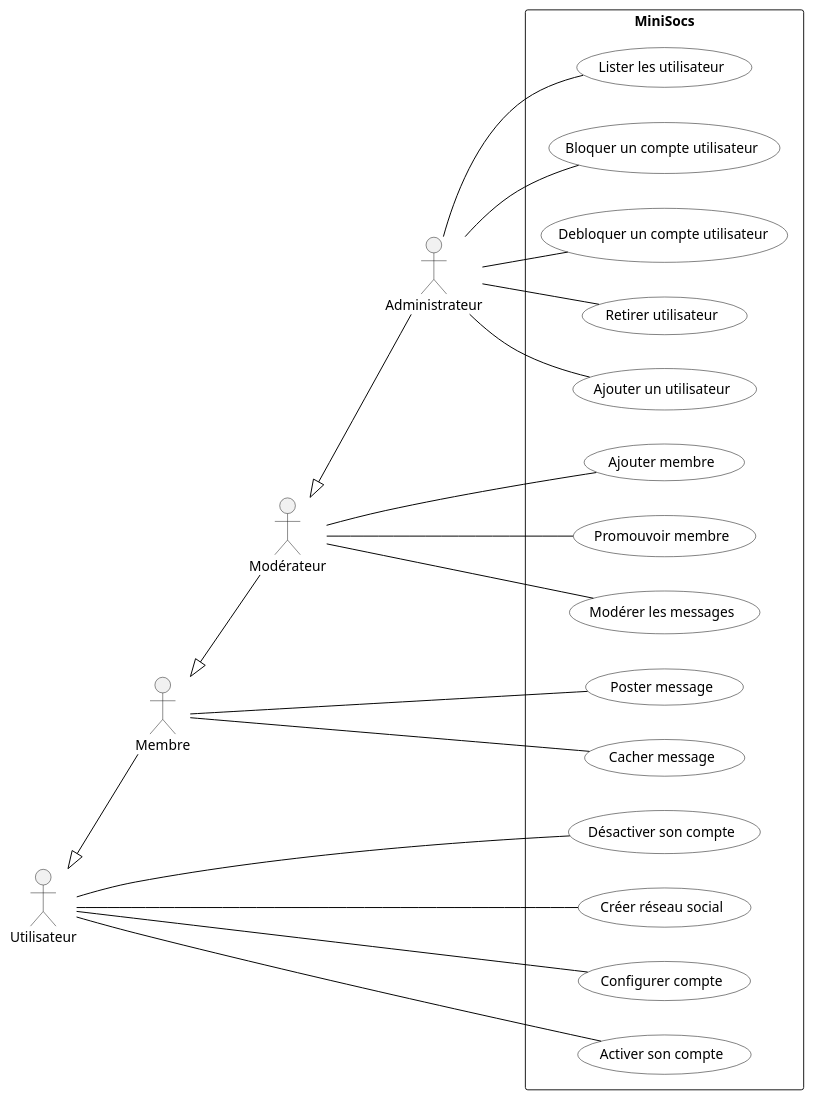
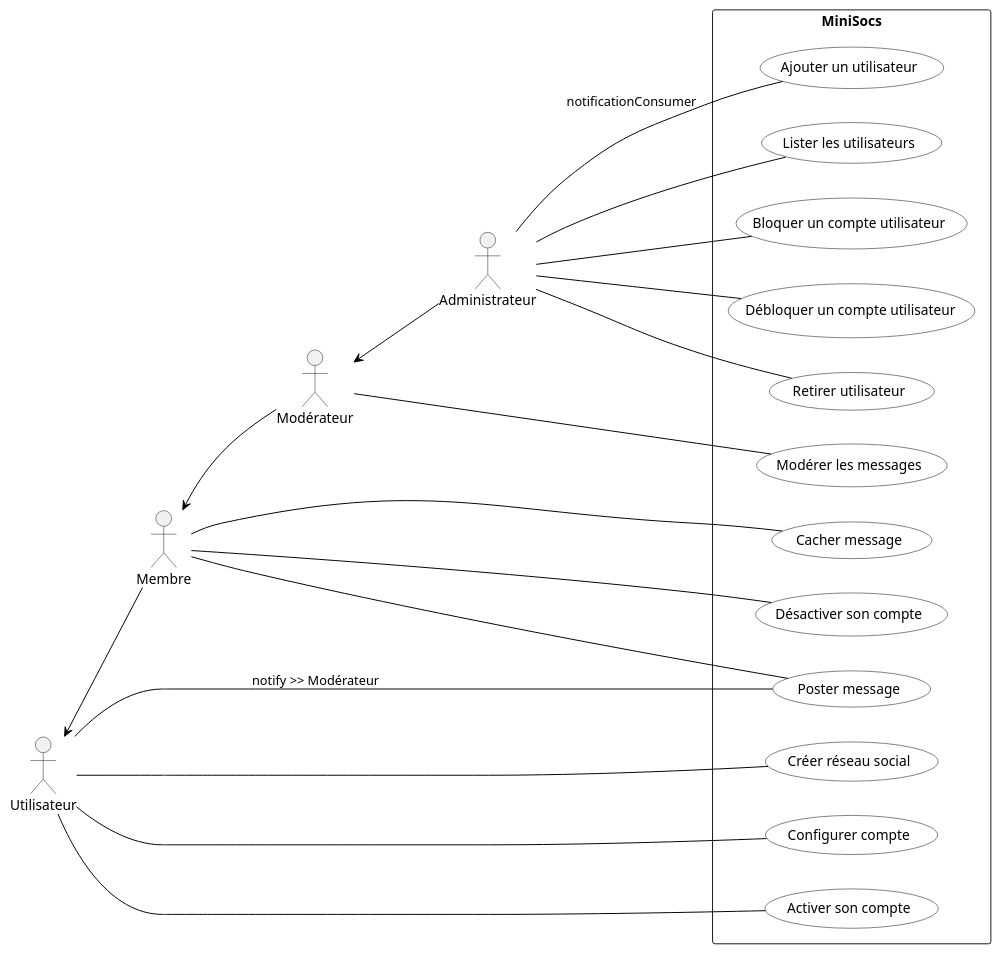
One commit to yesminete/MiniSocs changed the diagram in Diagrammes/minisocs_uml_diag_cas_utilisation.pu. Above: the diagram before and after it, drawn with PlantUML. The commit also changed 17 other files, not shown here.

```diff
--- a/Diagrammes/minisocs_uml_diag_cas_utilisation.pu
+++ b/Diagrammes/minisocs_uml_diag_cas_utilisation.pu
@@ -1,42 +1,43 @@
 @startuml
-
 'Diagramme de cas d'utilisation (PlantUML)'
 
 'Configuration charte graphique'
 skinparam usecase {
-BackgroundColor White
-BorderColor Black
-ArrowColor Black
-ActorBackgroundColor<< Human >> Gold
+    BackgroundColor White
+    BorderColor Black
+    ArrowColor Black
+    ActorBackgroundColor << Human >> Gold
 }
 
 left to right direction
 
 'Déclaration des acteurs :'
 actor Administrateur
 actor Utilisateur
 actor Membre
 actor Modérateur
-Modérateur <|-- Administrateur
-Utilisateur <|-- Membre
-Membre <|-- Modérateur
-
+Modérateur <-- Administrateur
+Utilisateur <-- Membre
+Membre <-- Modérateur
 
 'Déclaration des cas d'utilisation dans le système'
 rectangle "MiniSocs" {
-:Administrateur: -- (Ajouter un utilisateur)
-:Administrateur: -- (Lister les utilisateur)
-:Administrateur: -- (Bloquer un compte utilisateur)
-:Administrateur: --(Debloquer un compte utilisateur)
-:Administrateur: --(Retirer utilisateur)
-:Utilisateur:    -- (Désactiver son compte)
-:Utilisateur: --(Créer réseau social)
-:Utilisateur: --(Configurer compte)
-:Membre: --(Poster message)
-:Membre: --(Cacher message)
-:Modérateur: --(Ajouter membre)
-:Modérateur: --(Promouvoir membre)
-:Modérateur: --(Modérer les messages)
-:Utilisateur: --(Activer son compte)
+    Administrateur -- (Ajouter un utilisateur) : notificationConsumer
+    Administrateur -- (Lister les utilisateurs)
+    Administrateur -- (Bloquer un compte utilisateur)
+    Administrateur -- (Débloquer un compte utilisateur)
+    Administrateur -- (Retirer utilisateur)
+    
+    Utilisateur -- (Créer réseau social)
+    Utilisateur -- (Configurer compte)
+    Utilisateur -- (Activer son compte)
+    Utilisateur -- (Poster message) : notify >> Modérateur
+    
+    Membre -- (Poster message)
+    Membre -- (Cacher message)
+    Membre -- (Désactiver son compte)
+
+    Modérateur -- (Modérer les messages)
+}
 
 @enduml
```
